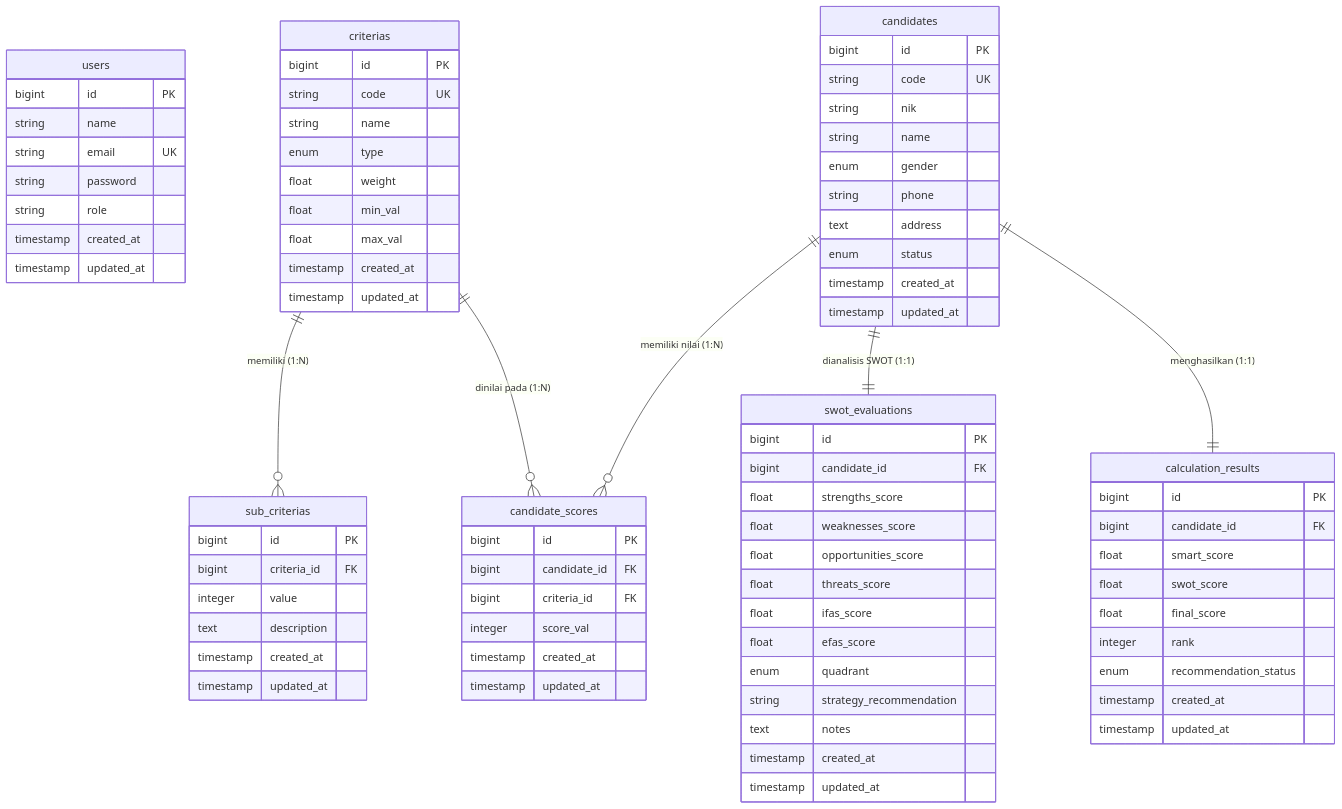
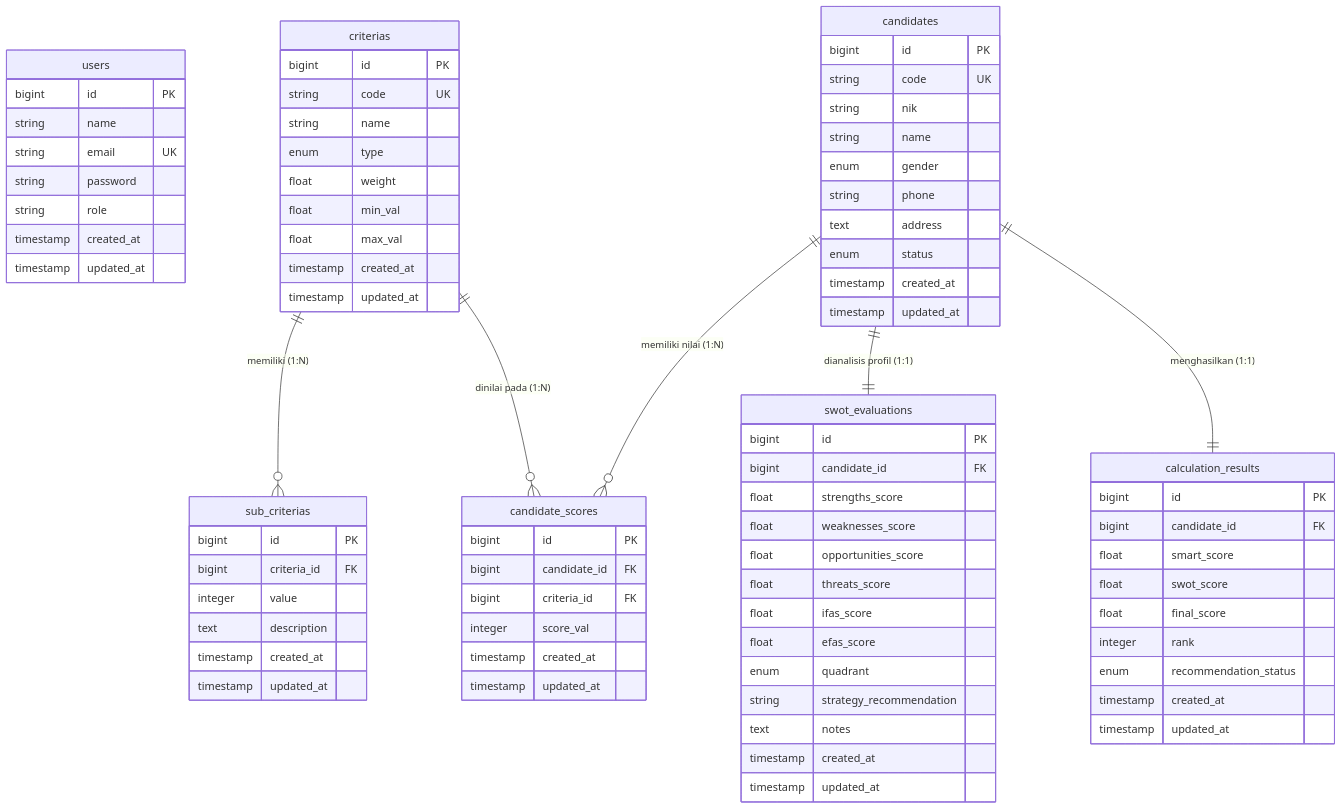
One commit to DimasSetiawan1/penerimaan_security changed the diagram in README.md. Above: the diagram before and after it, drawn with Mermaid. The commit also changed other lines of this file and 13 other files, not shown here.

````diff
--- a/README.md
+++ b/README.md
@@ -249,6 +247,6 @@
     criterias ||--o{ sub_criterias : "memiliki (1:N)"
     criterias ||--o{ candidate_scores : "dinilai pada (1:N)"
     candidates ||--o{ candidate_scores : "memiliki nilai (1:N)"
-    candidates ||--|| swot_evaluations : "dianalisis SWOT (1:1)"
+    candidates ||--|| swot_evaluations : "dianalisis profil (1:1)"
     candidates ||--|| calculation_results : "menghasilkan (1:1)"
 ```
````
